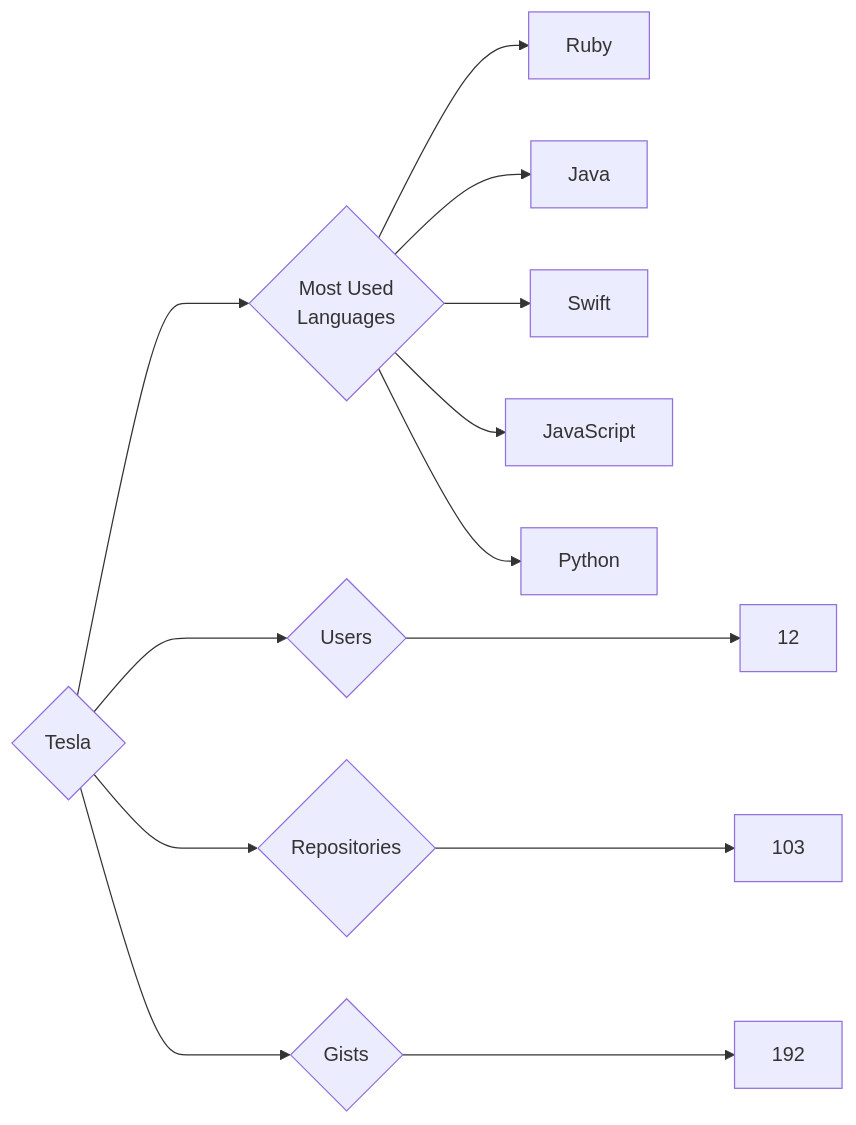
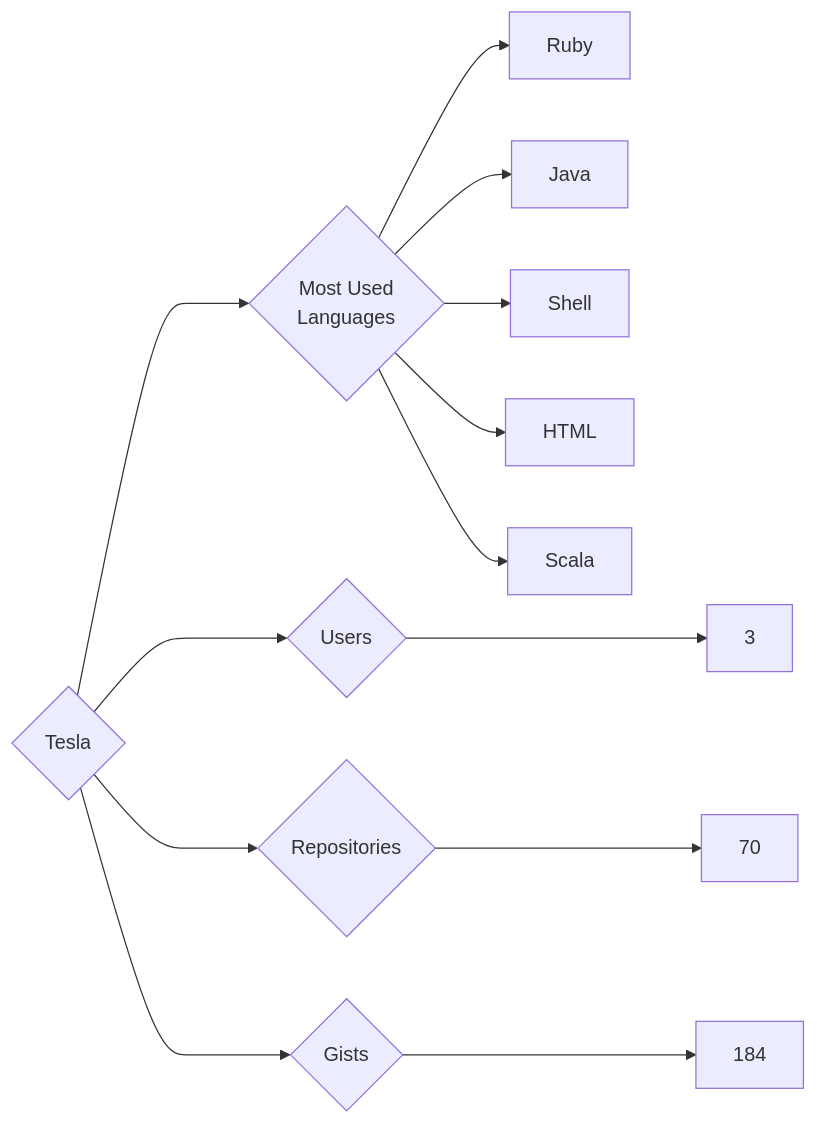
The diagram in targets/Tesla/README.md (trickest/insiders), drawn with Mermaid before and after one commit. The commit also changed 1011 other files, not shown here.

````diff
--- a/targets/Tesla/README.md
+++ b/targets/Tesla/README.md
@@ -3,13 +3,13 @@
 ```mermaid
 graph LR
 COMPANY_NAME{Tesla}
-COMPANY_NAME ---> U{Users} ---> UN[12]
-COMPANY_NAME ---> R{Repositories} ---> RN[103]
-COMPANY_NAME ---> G{Gists} ---> GN[192]
+COMPANY_NAME ---> U{Users} ---> UN[3]
+COMPANY_NAME ---> R{Repositories} ---> RN[70]
+COMPANY_NAME ---> G{Gists} ---> GN[184]
 COMPANY_NAME ---> ML{Most Used<br>Languages}
 ML --> Ruby[Ruby]
 ML --> Java[Java]
-ML --> Swift[Swift]
-ML --> JavaScript[JavaScript]
-ML --> Python[Python]
+ML --> Shell[Shell]
+ML --> HTML[HTML]
+ML --> Scala[Scala]
 ```
````
